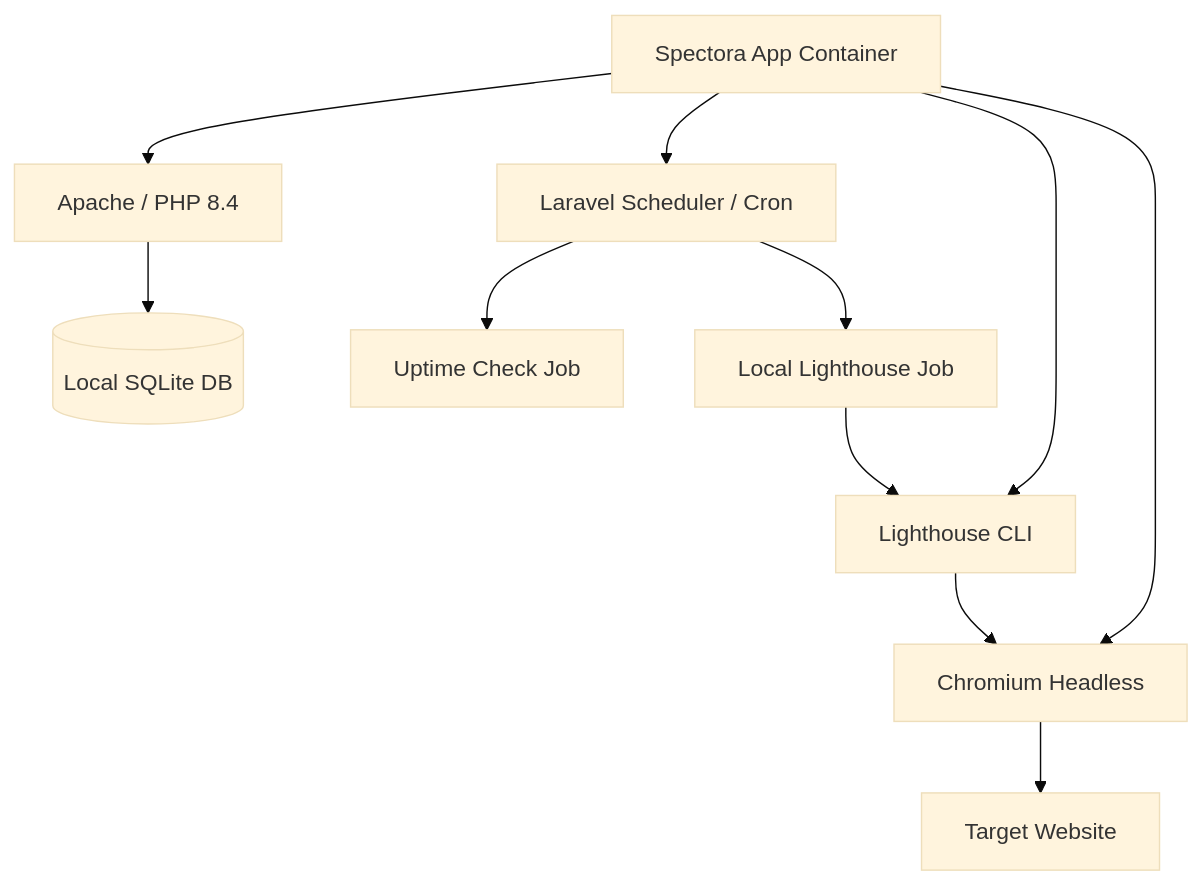
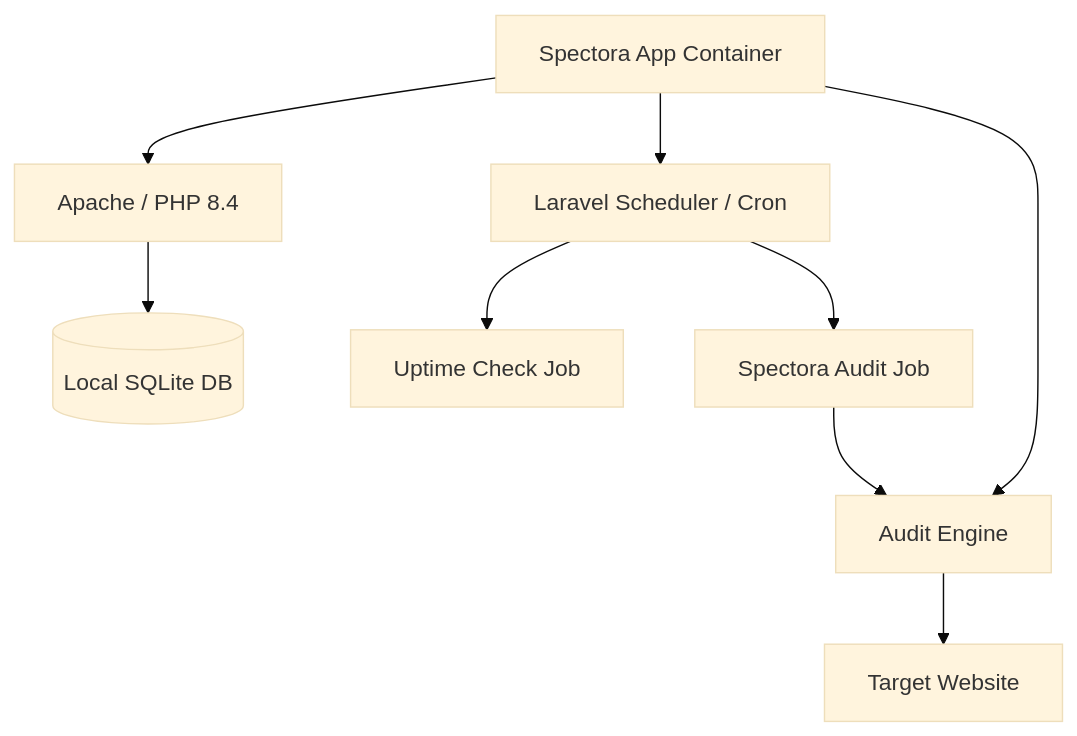
Before and after one commit to Everlite/Spectora-Website-Monitoring-Suite: the diagram in README.md, drawn with Mermaid (base theme). The commit also changed other lines of this file and 41 other files, not shown here.

First line of the commit message:
Final Security & Architectural Remediation

````diff
--- a/README.md
+++ b/README.md
@@ -51,16 +56,14 @@
 ```mermaid
 graph TD
     A[Spectora App Container] --> B[Apache / PHP 8.4]
     A --> C[Laravel Scheduler / Cron]
-    A --> D[Lighthouse CLI]
-    A --> E[Chromium Headless]
+    A --> D[Audit Engine]
     
     C --> F[Uptime Check Job]
-    C --> G[Local Lighthouse Job]
+    C --> G[Spectora Audit Job]
     
     G --> D
-    D --> E
-    E --> H[Target Website]
+    D --> H[Target Website]
     
     B --> I[(Local SQLite DB)]
 ```
````
